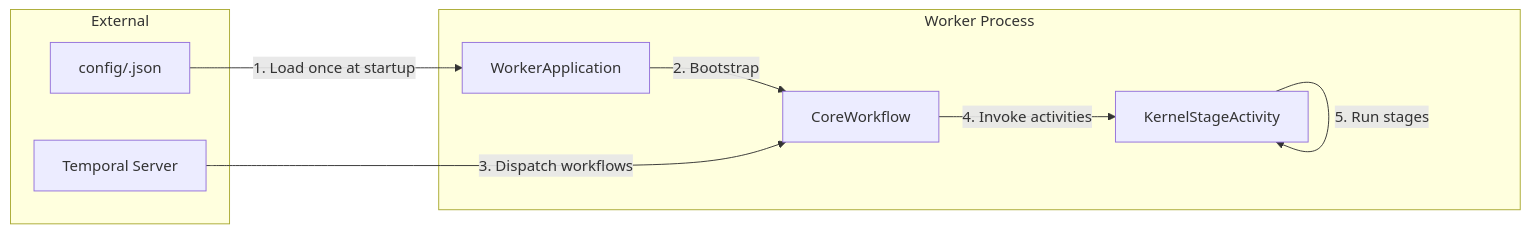
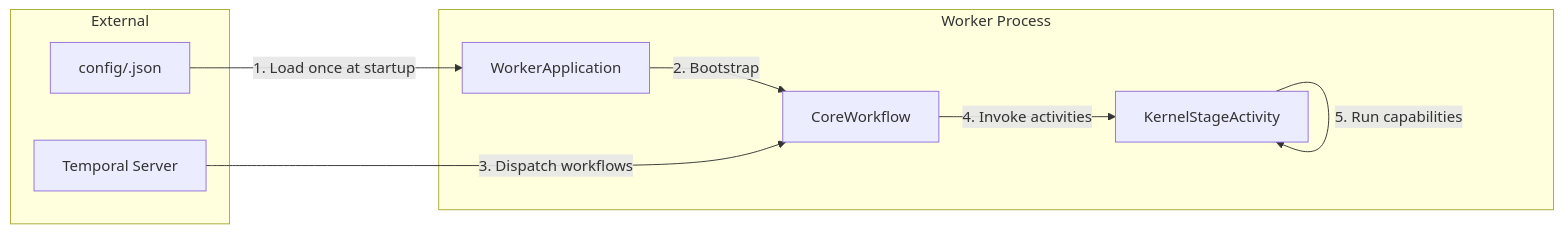
One commit to OpenLLMOrchestrator/Open-LLM-Orchestrator-Worker changed the first of 7 diagrams in docs/architecture.md. Above: the diagram before and after it, drawn with Mermaid. The commit also changed other lines of this file and 193 other files, not shown here.

````diff
--- a/docs/architecture.md
+++ b/docs/architecture.md
@@ -11,19 +11,19 @@
 ```mermaid
 flowchart LR
     subgraph External["External"]
         Temporal[Temporal Server]
         ConfigFile["config/<CONFIG_KEY>.json"]
     end
 
     subgraph Worker["Worker Process"]
         App[WorkerApplication]
         WF[CoreWorkflow]
         Act[KernelStageActivity]
     end
 
     ConfigFile -->|"1. Load once at startup"| App
     App -->|"2. Bootstrap"| WF
     Temporal -->|"3. Dispatch workflows"| WF
     WF -->|"4. Invoke activities"| Act
-    Act -->|"5. Run stages"| Act
+    Act -->|"5. Run capabilities"| Act
 ```
````
